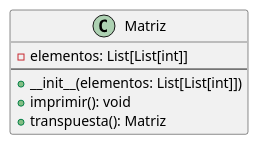
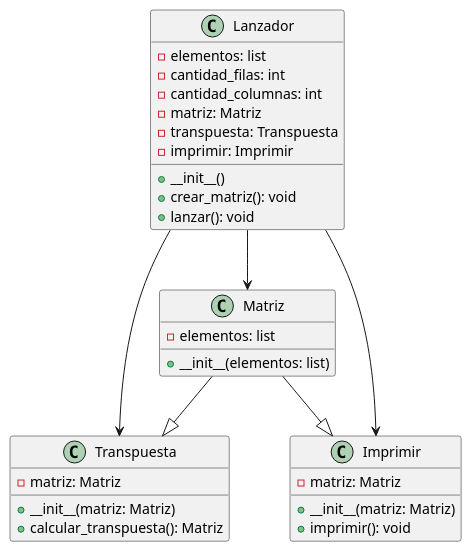
The diagram in PLANTuml/ejercicio1.puml (juaannavarro/PRINCIPIOS_GENERALES_Y_SOLID), drawn with PlantUML before and after one commit. The commit also changed 2 other files, not shown here.

```diff
--- a/PLANTuml/ejercicio1.puml
+++ b/PLANTuml/ejercicio1.puml
@@ -1,9 +1,38 @@
 @startuml
+
 class Matriz {
-  - elementos: List[List[int]]
-  --
-  + __init__(elementos: List[List[int]])
+  - elementos: list
+  + __init__(elementos: list)
+}
+
+class Transpuesta {
+  - matriz: Matriz
+  + __init__(matriz: Matriz)
+  + calcular_transpuesta(): Matriz
+}
+
+class Imprimir {
+  - matriz: Matriz
+  + __init__(matriz: Matriz)
   + imprimir(): void
-  + transpuesta(): Matriz
 }
+
+class Lanzador {
+  - elementos: list
+  - cantidad_filas: int
+  - cantidad_columnas: int
+  - matriz: Matriz
+  - transpuesta: Transpuesta
+  - imprimir: Imprimir
+  + __init__()
+  + crear_matriz(): void
+  + lanzar(): void
+}
+
+Matriz --|> Transpuesta
+Matriz --|> Imprimir
+Lanzador --> Matriz
+Lanzador --> Transpuesta
+Lanzador --> Imprimir
+
 @enduml
```
